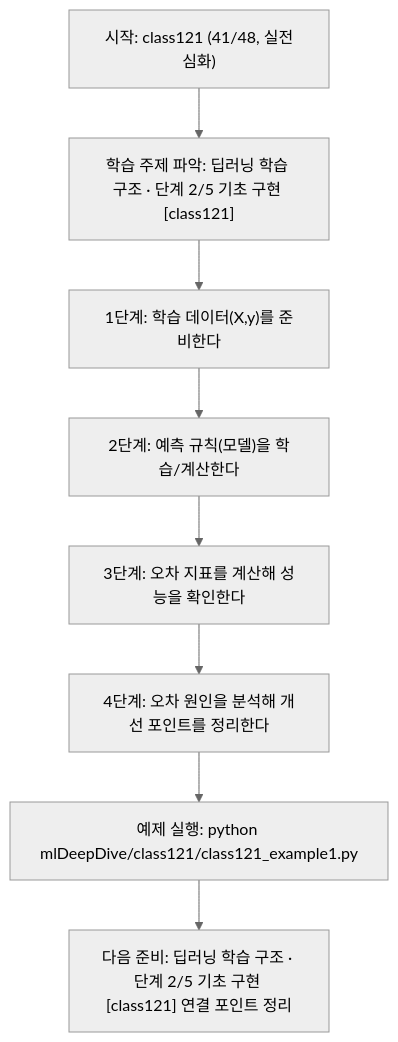
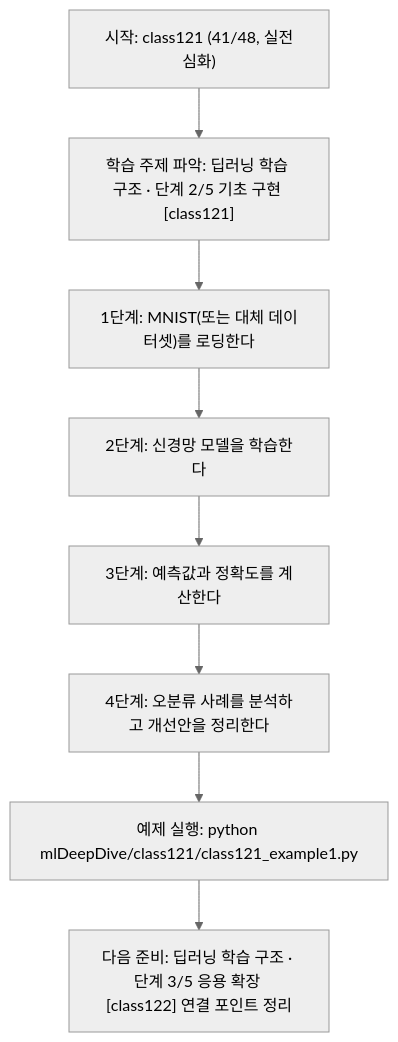
Before and after one commit to edumgt/Python-AI_Agent-Class: the diagram in mlDeepDive/class121/class121.md, drawn with Mermaid (neutral theme). The commit also changed other lines of this file and 338 other files, not shown here.

````diff
--- a/mlDeepDive/class121/class121.md
+++ b/mlDeepDive/class121/class121.md
@@ -110,18 +91,18 @@
 ```mermaid
 flowchart TD
 N1["시작: class121 (41/48, 실전심화)"]
 N2["학습 주제 파악: 딥러닝 학습 구조 · 단계 2/5 기초 구현 [class121]"]
-N3["1단계: 학습 데이터(X,y)를 준비한다"]
-N4["2단계: 예측 규칙(모델)을 학습/계산한다"]
-N5["3단계: 오차 지표를 계산해 성능을 확인한다"]
-N6["4단계: 오차 원인을 분석해 개선 포인트를 정리한다"]
+N3["1단계: MNIST(또는 대체 데이터셋)를 로딩한다"]
+N4["2단계: 신경망 모델을 학습한다"]
+N5["3단계: 예측값과 정확도를 계산한다"]
+N6["4단계: 오분류 사례를 분석하고 개선안을 정리한다"]
 N7["예제 실행: python mlDeepDive/class121/class121_example1.py"]
-N8["다음 준비: 딥러닝 학습 구조 · 단계 2/5 기초 구현 [class121] 연결 포인트 정리"]
+N8["다음 준비: 딥러닝 학습 구조 · 단계 3/5 응용 확장 [class122] 연결 포인트 정리"]
 N1 --> N2
 N2 --> N3
 N3 --> N4
 N4 --> N5
 N5 --> N6
 N6 --> N7
 N7 --> N8
 ```
````
